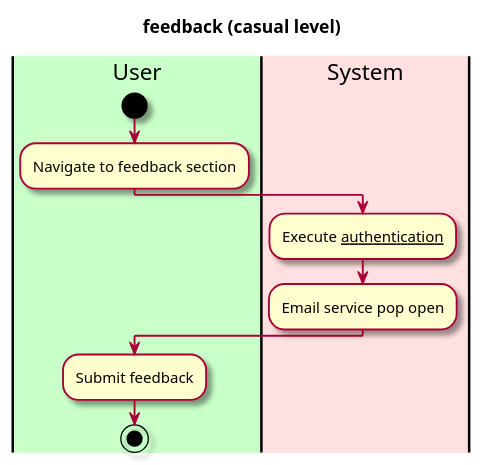
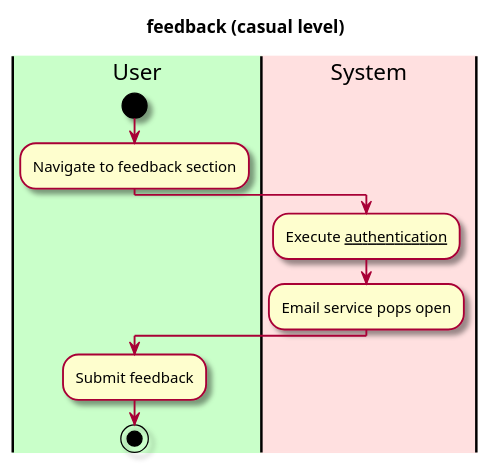
One commit to EzekielEkanem/team-1d changed the diagram in intellij/doc/use-cases/use-case-give-feedback.md. Above: the diagram before and after it, drawn with PlantUML. The commit also changed 2 other files, not shown here.

````diff
--- a/intellij/doc/use-cases/use-case-give-feedback.md
+++ b/intellij/doc/use-cases/use-case-give-feedback.md
@@ -23,30 +23,30 @@
 ```plantuml
 @startuml
 
 skin rose
 
 title feedback (casual level)
 
 'define the lanes
 
 |#technology|User|
 |#implementation|System|
 
 
 |User|
 
 start
 
 :Navigate to feedback section;
 
 |System|
 
 :Execute __authentication__;
-:Email service pop open;
+:Email service pops open;
     
 |User|
 :Submit feedback;
 
 stop
 @enduml
 ```
````
